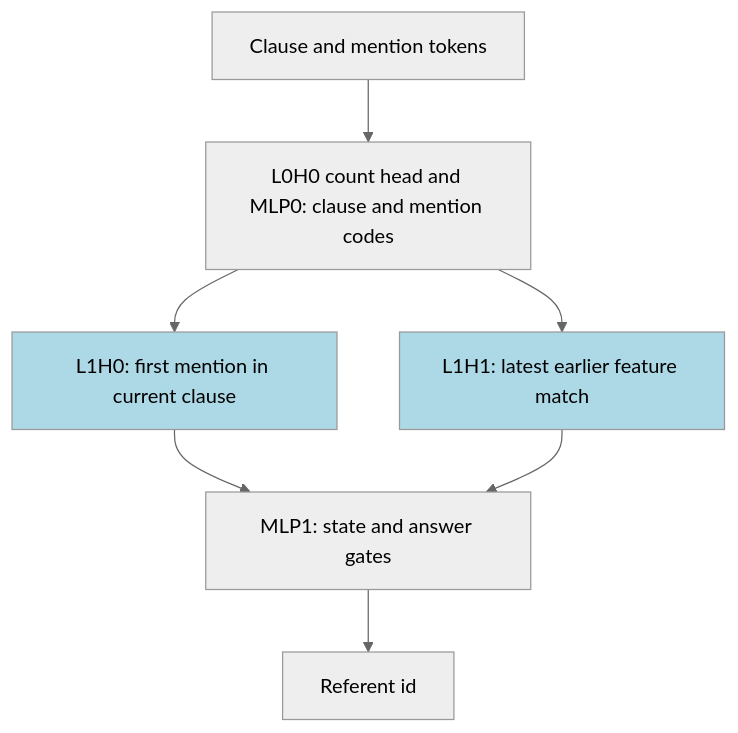
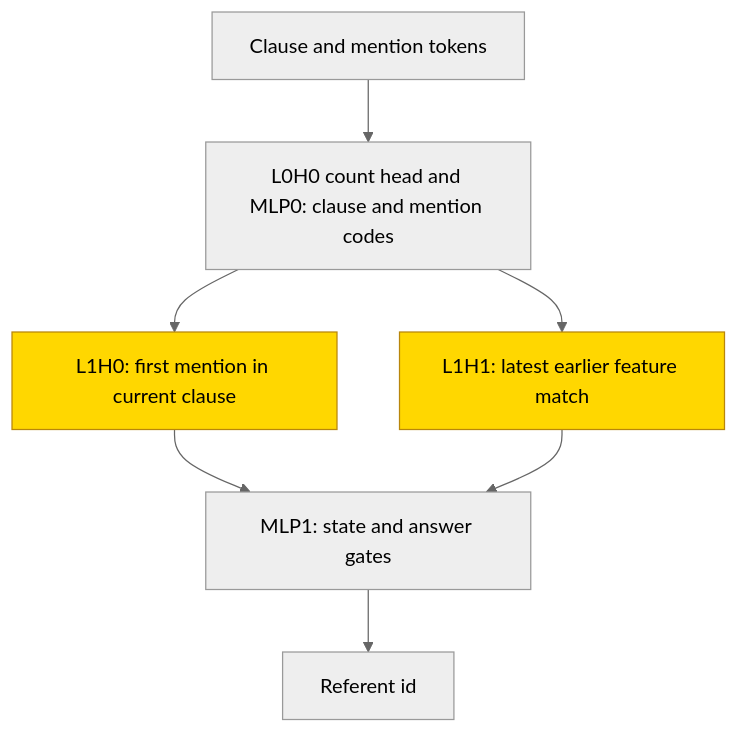
One commit to jc1122/mechanistic-interpretability-circuit-atlas changed the first of 2 diagrams in entries/binding-coreference.md. Above: the diagram before and after it, drawn with Mermaid (neutral theme). The commit also changed other lines of this file and 40 other files, not shown here.

First line of the commit message:
Cold-reader pass on all 41 entries: reading routes, first-screen scopes, accessible diagrams, verified headline sources (ux_reader1/2)

````diff
--- a/entries/binding-coreference.md
+++ b/entries/binding-coreference.md
@@ -86,11 +88,13 @@
 ```mermaid
 flowchart TD
+    accTitle: Hand-built subject and pronoun routes
+    accDescr: Clause and mention codes feed separate heads for the current subject and the latest earlier feature match. The two heads are the trained PART stage; frozen gates write the referent identifier. The alternate HAND changes pronoun clause scoring.
     X["Clause and mention tokens"] --> C["L0H0 count head and MLP0: clause and mention codes"]
     C --> S["L1H0: first mention in current clause"]
     C --> P["L1H1: latest earlier feature match"]
     S --> M["MLP1: state and answer gates"]
     P --> M
     M --> Y["Referent id"]
-    classDef trained fill:lightblue
+    classDef trained fill:gold,stroke:darkgoldenrod,color:black
     class S,P trained
 ```
````
